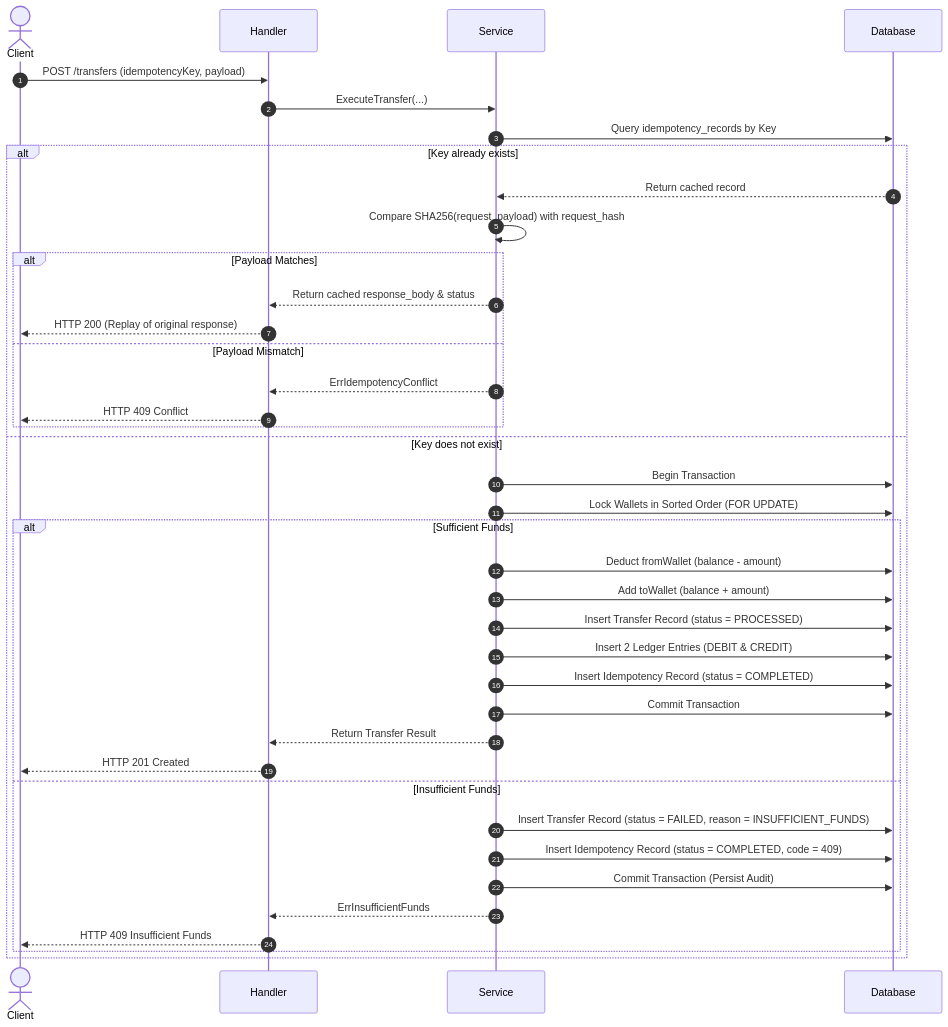
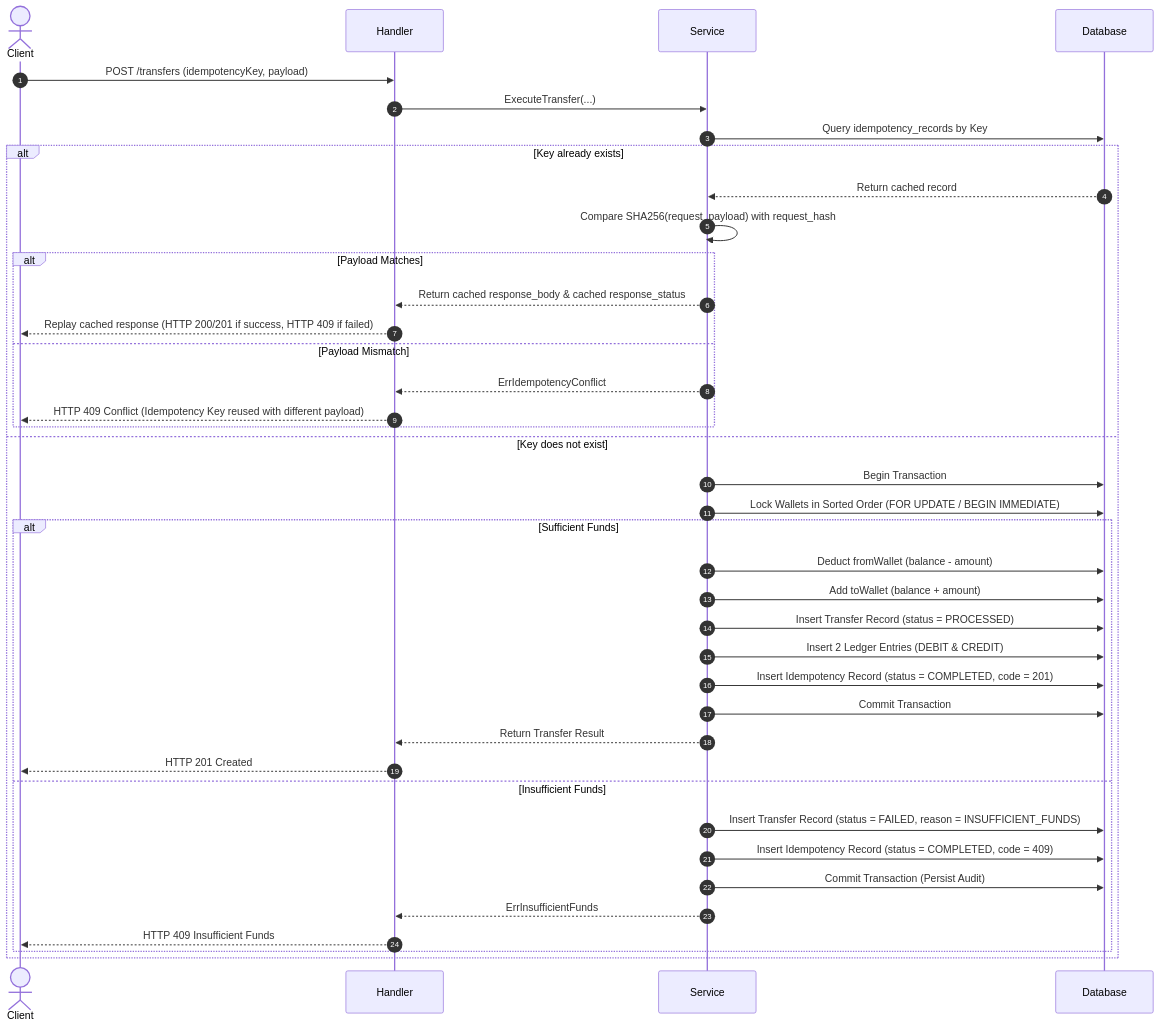
The second of 2 diagrams in APPROACH.md (safeek-dev/wallet-transfer-assignment), drawn with Mermaid before and after one commit. The commit also changed other lines of this file, not shown here.

Commit message:
docs: address Copilot review on SQLite locking, error replay status, and racing payload conflict handling

````diff
--- a/APPROACH.md
+++ b/APPROACH.md
@@ -249,42 +255,42 @@
 ```mermaid
 sequenceDiagram
     autonumber
     actor Client
     participant Handler
     participant Service
     participant Database
 
     Client->>Handler: POST /transfers (idempotencyKey, payload)
     Handler->>Service: ExecuteTransfer(...)
     Service->>Database: Query idempotency_records by Key
     alt Key already exists
         Database-->>Service: Return cached record
         Service->>Service: Compare SHA256(request_payload) with request_hash
         alt Payload Matches
-            Service-->>Handler: Return cached response_body & status
-            Handler-->>Client: HTTP 200 (Replay of original response)
+            Service-->>Handler: Return cached response_body & cached response_status
+            Handler-->>Client: Replay cached response (HTTP 200/201 if success, HTTP 409 if failed)
         else Payload Mismatch
             Service-->>Handler: ErrIdempotencyConflict
-            Handler-->>Client: HTTP 409 Conflict
+            Handler-->>Client: HTTP 409 Conflict (Idempotency Key reused with different payload)
         end
     else Key does not exist
         Service->>Database: Begin Transaction
-        Service->>Database: Lock Wallets in Sorted Order (FOR UPDATE)
+        Service->>Database: Lock Wallets in Sorted Order (FOR UPDATE / BEGIN IMMEDIATE)
         alt Sufficient Funds
             Service->>Database: Deduct fromWallet (balance - amount)
             Service->>Database: Add toWallet (balance + amount)
             Service->>Database: Insert Transfer Record (status = PROCESSED)
             Service->>Database: Insert 2 Ledger Entries (DEBIT & CREDIT)
-            Service->>Database: Insert Idempotency Record (status = COMPLETED)
+            Service->>Database: Insert Idempotency Record (status = COMPLETED, code = 201)
             Service->>Database: Commit Transaction
             Service-->>Handler: Return Transfer Result
             Handler-->>Client: HTTP 201 Created
         else Insufficient Funds
             Service->>Database: Insert Transfer Record (status = FAILED, reason = INSUFFICIENT_FUNDS)
             Service->>Database: Insert Idempotency Record (status = COMPLETED, code = 409)
             Service->>Database: Commit Transaction (Persist Audit)
             Service-->>Handler: ErrInsufficientFunds
             Handler-->>Client: HTTP 409 Insufficient Funds
         end
     end
 ```
````
